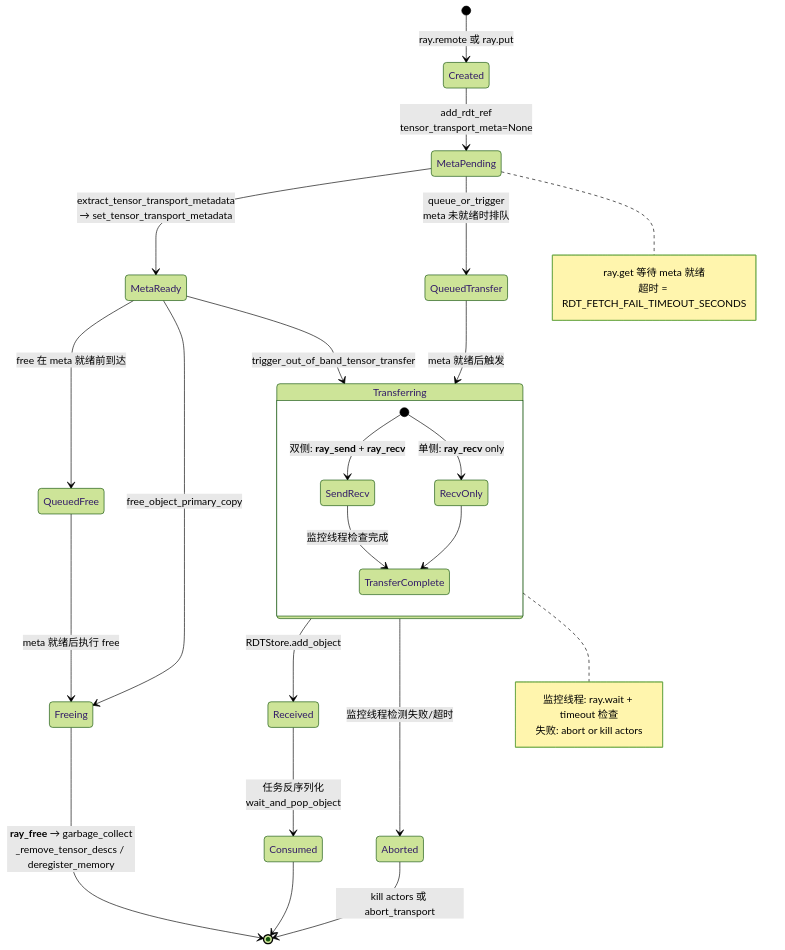
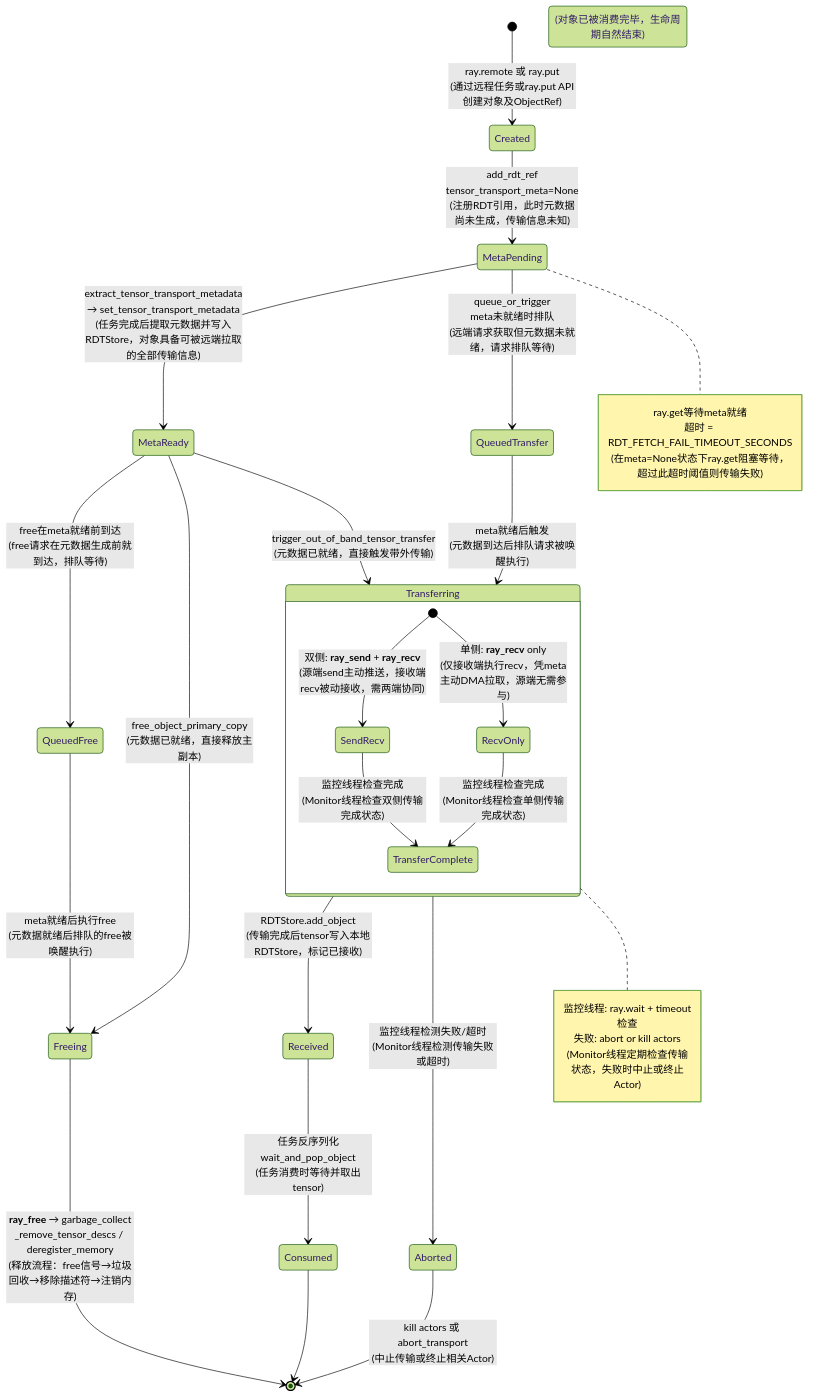
Before and after one commit to wangguimin18-boop/ray-project: the seventh of 8 diagrams in doc/source/ray-core/direct-transport/rdt-architecture-analysis.md, drawn with Mermaid (forest theme). The commit also changed other lines of this file, not shown here.

Commit message:
docs(rdt): add comprehensive Chinese annotations to all diagrams in architecture analysis

````diff
--- a/doc/source/ray-core/direct-transport/rdt-architecture-analysis.md
+++ b/doc/source/ray-core/direct-transport/rdt-architecture-analysis.md
@@ -450,39 +779,41 @@
 ```mermaid
 stateDiagram-v2
-    [*] --> Created : ray.remote 或 ray.put
-    Created --> MetaPending : add_rdt_ref<br>tensor_transport_meta=None
-    MetaPending --> MetaReady : extract_tensor_transport_metadata<br>→ set_tensor_transport_metadata
+    [*] --> Created : ray.remote 或 ray.put<br>(通过远程任务或ray.put API创建对象及ObjectRef)
+    Created --> MetaPending : add_rdt_ref<br>tensor_transport_meta=None<br>(注册RDT引用，此时元数据尚未生成，传输信息未知)
+    MetaPending --> MetaReady : extract_tensor_transport_metadata<br>→ set_tensor_transport_metadata<br>(任务完成后提取元数据并写入RDTStore，对象具备可被远端拉取的全部传输信息)
 
-    MetaPending --> QueuedTransfer : queue_or_trigger<br>meta 未就绪时排队
-    QueuedTransfer --> Transferring : meta 就绪后触发
-    MetaReady --> Transferring : trigger_out_of_band_tensor_transfer
+    MetaPending --> QueuedTransfer : queue_or_trigger<br>meta未就绪时排队<br>(远端请求获取但元数据未就绪，请求排队等待)
+    QueuedTransfer --> Transferring : meta就绪后触发<br>(元数据到达后排队请求被唤醒执行)
+    MetaReady --> Transferring : trigger_out_of_band_tensor_transfer<br>(元数据已就绪，直接触发带外传输)
 
     state Transferring {
-        [*] --> SendRecv : 双侧: __ray_send__ + __ray_recv__
-        [*] --> RecvOnly : 单侧: __ray_recv__ only
-        SendRecv --> TransferComplete : 监控线程检查完成
-        RecvOnly --> TransferComplete
+        [*] --> SendRecv : 双侧: __ray_send__ + __ray_recv__<br>(源端send主动推送，接收端recv被动接收，需两端协同)
+        [*] --> RecvOnly : 单侧: __ray_recv__ only<br>(仅接收端执行recv，凭meta主动DMA拉取，源端无需参与)
+        SendRecv --> TransferComplete : 监控线程检查完成<br>(Monitor线程检查双侧传输完成状态)
+        RecvOnly --> TransferComplete : 监控线程检查完成<br>(Monitor线程检查单侧传输完成状态)
     }
 
-    Transferring --> Received : RDTStore.add_object
-    Received --> Consumed : 任务反序列化<br>wait_and_pop_object
+    Transferring --> Received : RDTStore.add_object<br>(传输完成后tensor写入本地RDTStore，标记已接收)
+    Received --> Consumed : 任务反序列化<br>wait_and_pop_object<br>(任务消费时等待并取出tensor)
 
-    MetaReady --> QueuedFree : free 在 meta 就绪前到达
-    QueuedFree --> Freeing : meta 就绪后执行 free
-    MetaReady --> Freeing : free_object_primary_copy
-    Transferring --> Aborted : 监控线程检测失败/超时
-    Aborted --> [*] : kill actors 或 abort_transport
+    MetaReady --> QueuedFree : free在meta就绪前到达<br>(free请求在元数据生成前就到达，排队等待)
+    QueuedFree --> Freeing : meta就绪后执行free<br>(元数据就绪后排队的free被唤醒执行)
+    MetaReady --> Freeing : free_object_primary_copy<br>(元数据已就绪，直接释放主副本)
+    Transferring --> Aborted : 监控线程检测失败/超时<br>(Monitor线程检测传输失败或超时)
+    Aborted --> [*] : kill actors 或 abort_transport<br>(中止传输或终止相关Actor)
 
-    Freeing --> [*] : __ray_free__ → garbage_collect<br>_remove_tensor_descs / deregister_memory
-    Consumed --> [*]
+    Freeing --> [*] : __ray_free__ → garbage_collect<br>_remove_tensor_descs / deregister_memory<br>(释放流程：free信号→垃圾回收→移除描述符→注销内存)
+    Consumed --> [*] (对象已被消费完毕，生命周期自然结束)
 
     note right of MetaPending
-        ray.get 等待 meta 就绪
+        ray.get等待meta就绪
         超时 = RDT_FETCH_FAIL_TIMEOUT_SECONDS
+        (在meta=None状态下ray.get阻塞等待，超过此超时阈值则传输失败)
     end note
 
     note right of Transferring
-        监控线程: ray.wait + timeout 检查
+        监控线程: ray.wait + timeout检查
         失败: abort or kill actors
+        (Monitor线程定期检查传输状态，失败时中止或终止Actor)
     end note
 ```
````
